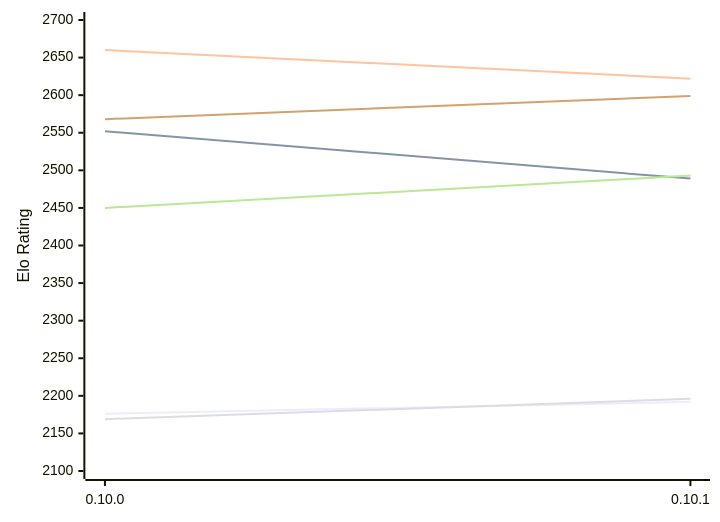
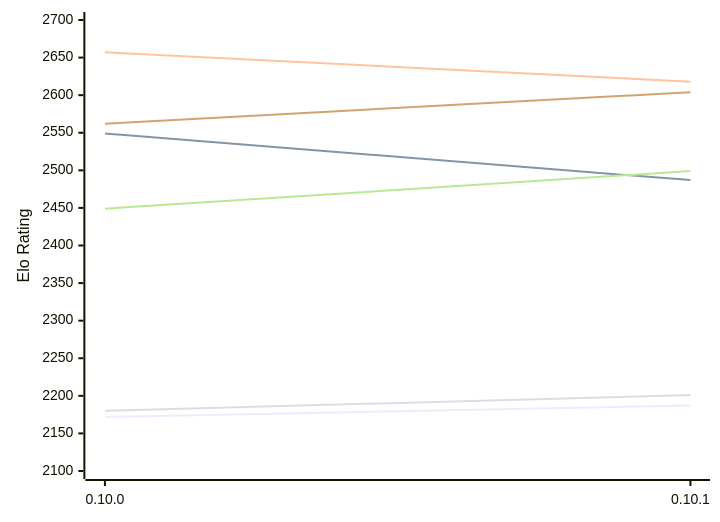
The first of 2 diagrams in engines/Fatalii.md (computer-chess-index/cci), drawn with Mermaid before and after one commit. The commit also changed other lines of this file, not shown here.

Commit message:
Update CCI Ratings (ELO VLTC) - 2026-11-21

````diff
--- a/engines/Fatalii.md
+++ b/engines/Fatalii.md
@@ -50,12 +50,12 @@
 ```mermaid
 %%{init: {"theme":"base","themeVariables":{"seriesColors:['#a3a3a3','#222221','#faa371']}}}%%
 xychart-beta
   x-axis ["0.10.0", "0.10.1"]
   y-axis "Elo Rating" 2100 --> 2700
-  line "E1: STC (8.0+0.08s)" [2176, 2192]
-  line "E1: LTC (60.0+0.60s)" [2552, 2489]
-  line "E1: VLTC (2m24s+1.12s)" [2660, 2622]
-  line "P1: STC (8.0+0.08s)" [2169, 2196]
-  line "P1: LTC (60.0+0.60s)" [2450, 2493]
-  line "P1: VLTC (2m24s+1.12s)" [2568, 2599]
+  line "E1: STC (8.0+0.08s)" [2172, 2187]
+  line "E1: LTC (60.0+0.60s)" [2549, 2487]
+  line "E1: VLTC (2m24s+1.12s)" [2657, 2618]
+  line "P1: STC (8.0+0.08s)" [2180, 2201]
+  line "P1: LTC (60.0+0.60s)" [2449, 2499]
+  line "P1: VLTC (2m24s+1.12s)" [2562, 2604]
 ```
````
